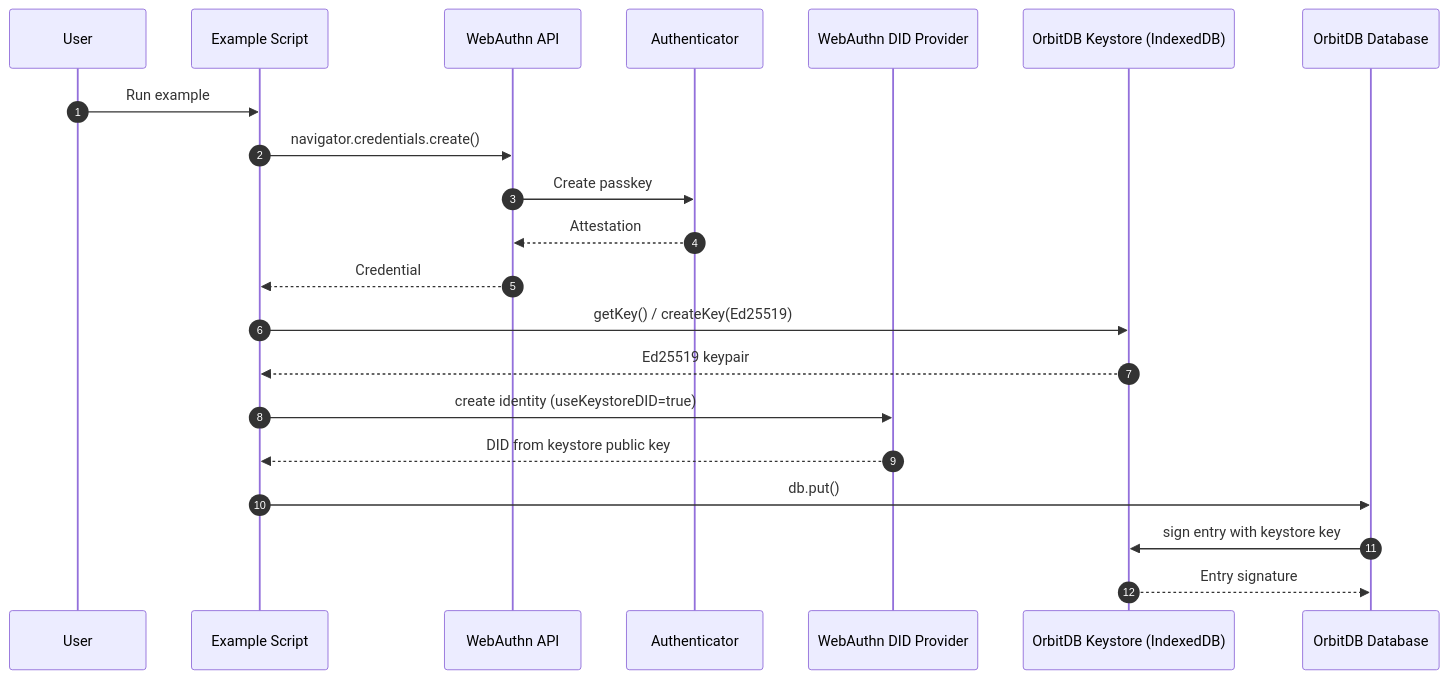
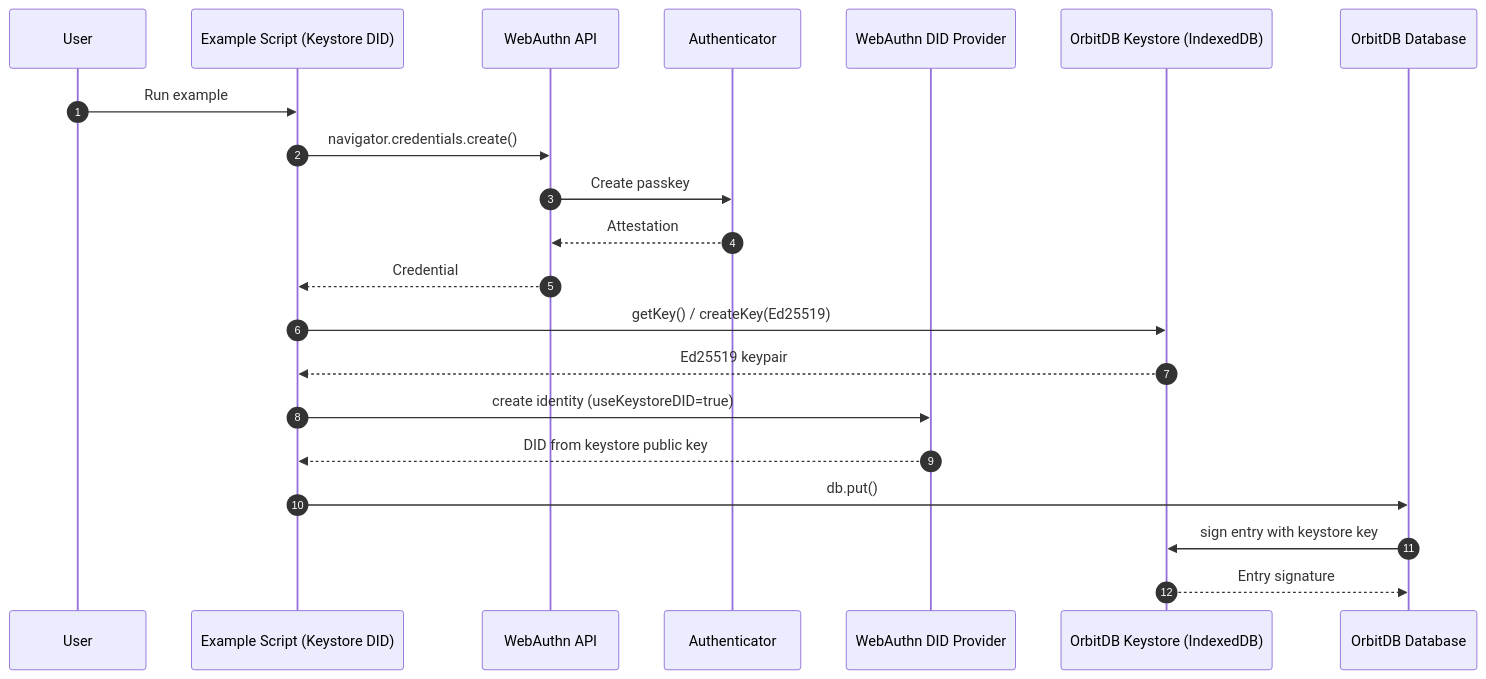
The first of 6 diagrams in docs/EXAMPLE-SEQUENCES.md (Le-Space/orbitdb-identity-provider-webauthn-did), drawn with Mermaid before and after one commit. The commit also changed other lines of this file and 1 other file, not shown here.

Commit message:
Update example sequences and CI command

````diff
--- a/docs/EXAMPLE-SEQUENCES.md
+++ b/docs/EXAMPLE-SEQUENCES.md
@@ -7,26 +7,26 @@
 ```mermaid
 sequenceDiagram
   autonumber
   participant User
-  participant App as Example Script
+  participant App as Example Script (Keystore DID)
   participant WebAuthn as WebAuthn API
   participant Auth as Authenticator
   participant Prov as WebAuthn DID Provider
   participant KS as OrbitDB Keystore (IndexedDB)
   participant DB as OrbitDB Database
 
   User->>App: Run example
   App->>WebAuthn: navigator.credentials.create()
   WebAuthn->>Auth: Create passkey
   Auth-->>WebAuthn: Attestation
   WebAuthn-->>App: Credential
 
   App->>KS: getKey() / createKey(Ed25519)
   KS-->>App: Ed25519 keypair
   App->>Prov: create identity (useKeystoreDID=true)
   Prov-->>App: DID from keystore public key
 
   App->>DB: db.put()
   DB->>KS: sign entry with keystore key
   KS-->>DB: Entry signature
 ```
````
